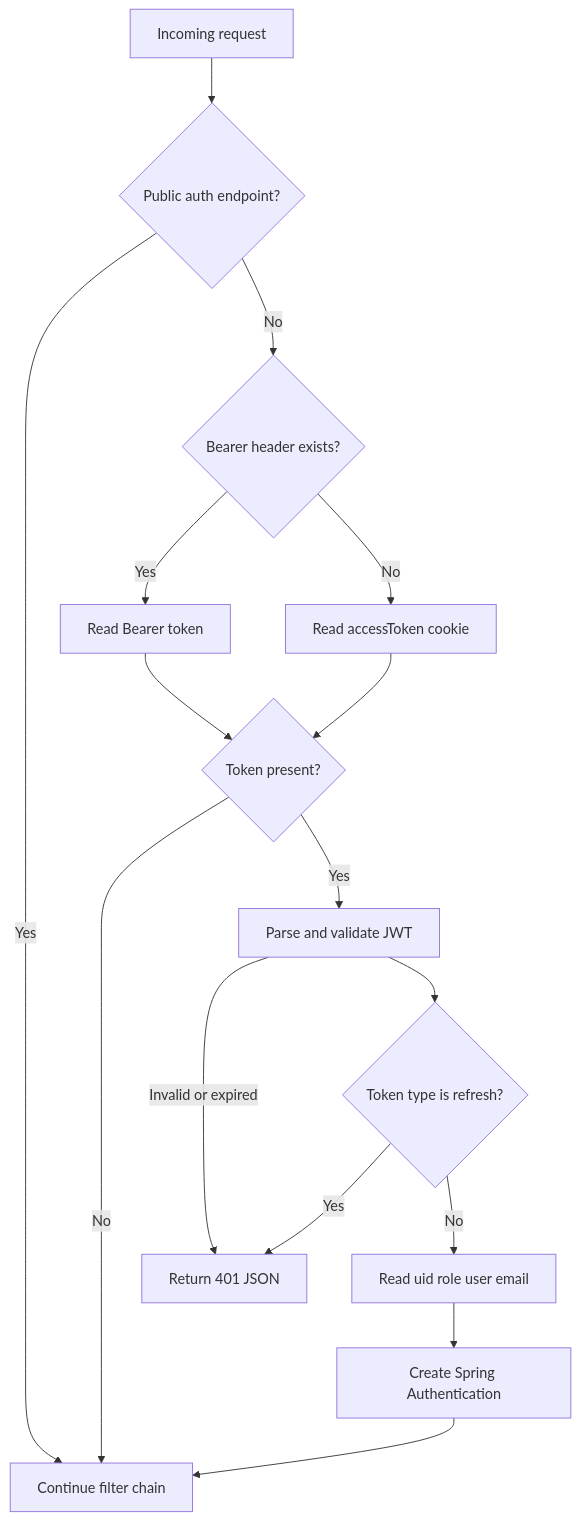
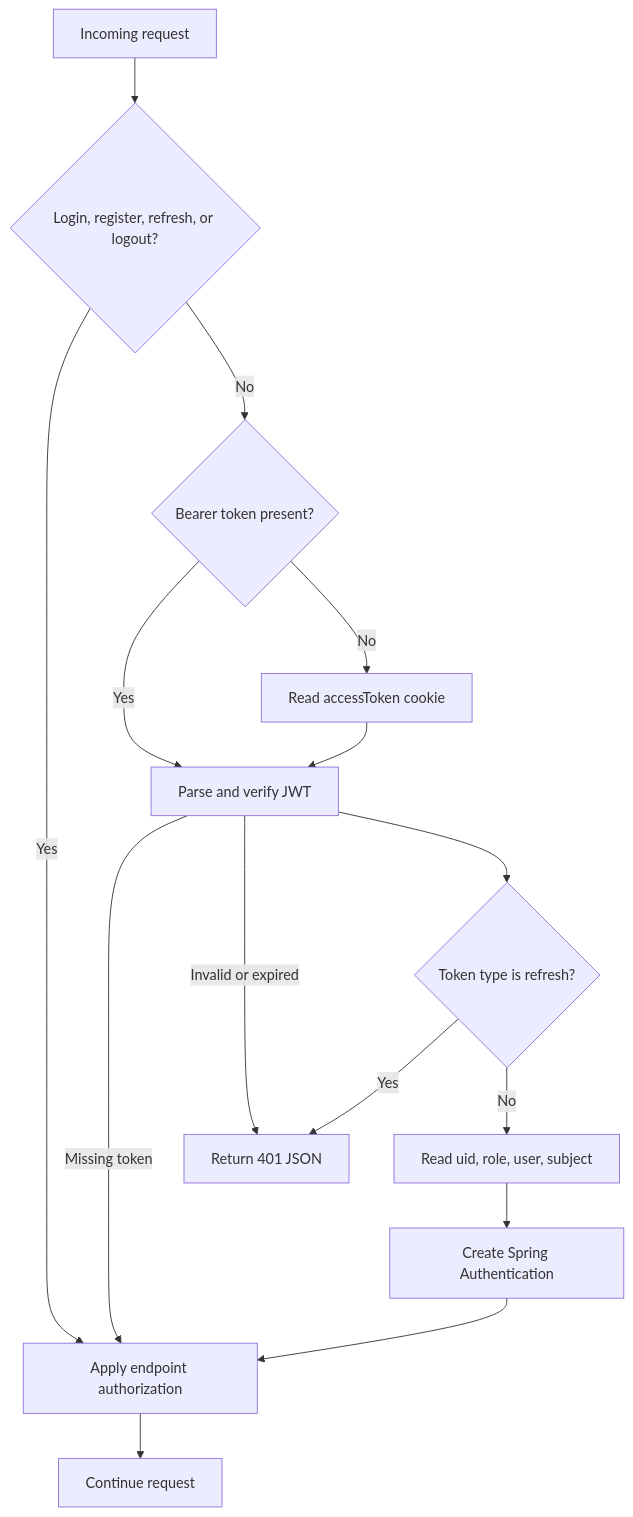
One commit to yassineao/poetsanders changed the sixth of 17 diagrams in README.md. Above: the diagram before and after it, drawn with Mermaid. The commit also changed other lines of this file, not shown here.

````diff
--- a/README.md
+++ b/README.md
@@ -327,31 +509,26 @@
 ```mermaid
 flowchart TD
     Start[Incoming request]
-    Skip{Public auth endpoint?}
-    Source{Bearer header exists?}
+    Skip{Login, register, refresh, or logout?}
+    Bearer{Bearer token present?}
     Cookie[Read accessToken cookie]
-    Header[Read Bearer token]
-    Present{Token present?}
-    Parse[Parse and validate JWT]
+    Parse[Parse and verify JWT]
     Refresh{Token type is refresh?}
-    Claims[Read uid role user email]
+    Claims[Read uid, role, user, subject]
     Context[Create Spring Authentication]
-    Chain[Continue filter chain]
+    Rules[Apply endpoint authorization]
+    Continue[Continue request]
     Reject[Return 401 JSON]
 
     Start --> Skip
-    Skip -->|Yes| Chain
-    Skip -->|No| Source
-    Source -->|Yes| Header
-    Source -->|No| Cookie
-    Header --> Present
-    Cookie --> Present
-    Present -->|No| Chain
-    Present -->|Yes| Parse
+    Skip -->|Yes| Rules
+    Skip -->|No| Bearer
+    Bearer -->|Yes| Parse
+    Bearer -->|No| Cookie
+    Cookie --> Parse
+    Parse -->|Missing token| Rules
     Parse -->|Invalid or expired| Reject
     Parse --> Refresh
     Refresh -->|Yes| Reject
-    Refresh -->|No| Claims
-    Claims --> Context
-    Context --> Chain
+    Refresh -->|No| Claims --> Context --> Rules --> Continue
 ```
````
